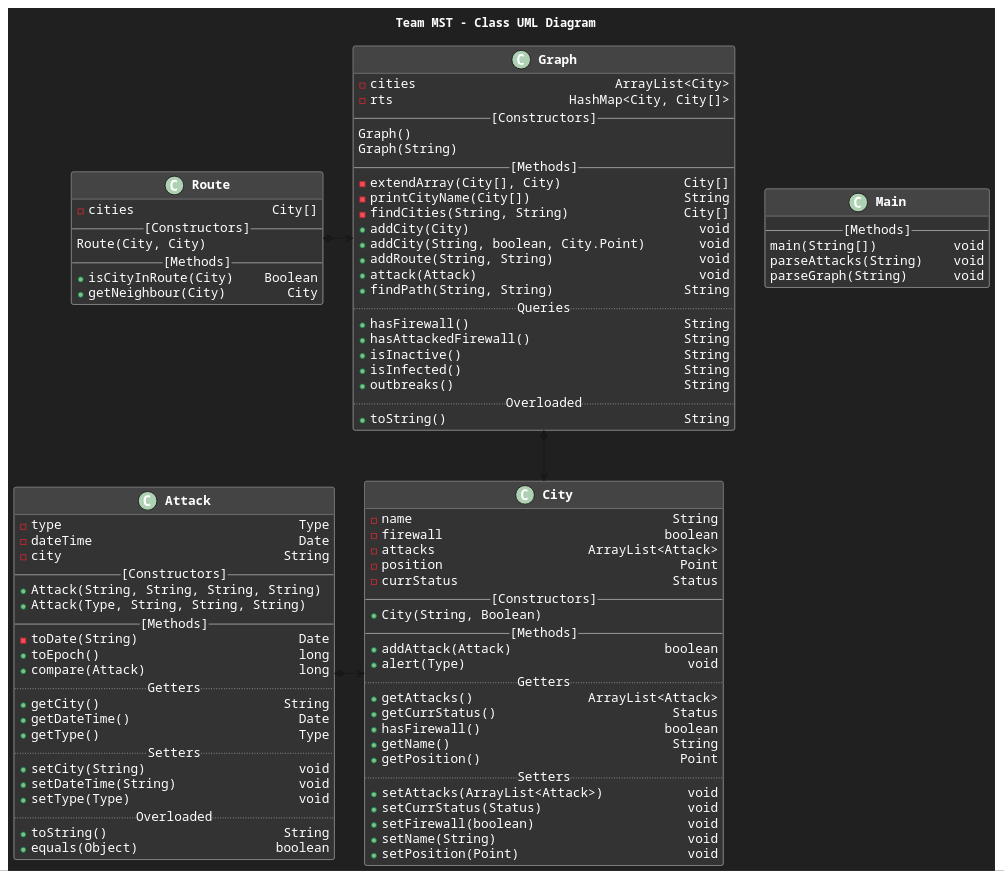
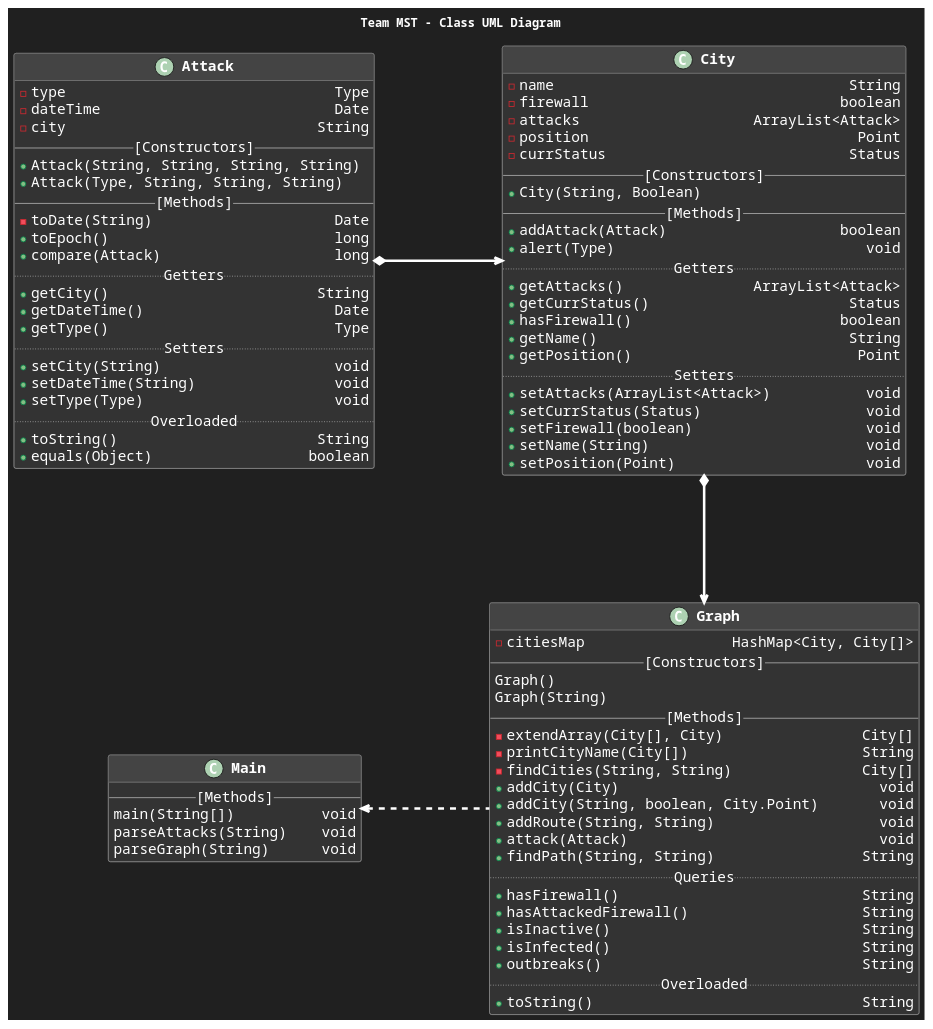
The diagram in structure.puml (FusionStreak/MST_TermProject), drawn with PlantUML before and after one commit. The commit also changed 1 other file, not shown here.

Commit message:
Removed `Route` class

```diff
--- a/structure.puml
+++ b/structure.puml
@@ -1,114 +1,110 @@
 @startuml GeneralStructure
 
 skinparam{
-    backgroundColor 202020
+    backgroundColor #202020
     defaultFontName Courier
-    defaultFontColor white
+    defaultFontColor #FFFFFF
 
-    ClassBackgroundColor 333333
-    ClassBorderColor AAAAAA
-    ClassHeaderBackgroundColor 444444
-    ClassFontSize 17
+    ClassBackgroundColor #333333
+    ClassBorderColor #AAAAAA
+    ClassHeaderBackgroundColor #444444
+    ClassFontSize 19
     ClassFontStyle bold
-    ClassAttributeFontSize 15
+    ClassAttributeFontSize 17
+    
 
-    lineType orthogonal
+    Linetype orthogonal
+    Nodesep 150
+    Ranksep 150
+    ArrowThickness 3
+    ArrowColor #FFFFFF
+  
 }
 
 title Team MST - Class UML Diagram
 
 
 class Attack {
   -type                               Type
   -dateTime                           Date
   -city                             String
   --[Constructors]--
   +Attack(String, String, String, String)
   +Attack(Type, String, String, String)
   --[Methods]--
   -toDate(String)                     Date
   +toEpoch()                          long
   +compare(Attack)                    long
   ..Getters..
   +getCity()                        String
   +getDateTime()                      Date
   +getType()                          Type
   ..Setters..
   +setCity(String)                    void
   +setDateTime(String)                void
   +setType(Type)                      void
   ..Overloaded..
   +toString()                       String
   +equals(Object)                  boolean
 }
 
 class City {
   -name                                  String
   -firewall                             boolean
   -attacks                    ArrayList<Attack>
   -position                               Point
   -currStatus                            Status
   --[Constructors]--
   +City(String, Boolean)
   --[Methods]--
   +addAttack(Attack)                    boolean
   +alert(Type)                             void
   ..Getters..
   +getAttacks()               ArrayList<Attack>
   +getCurrStatus()                       Status
   +hasFirewall()                        boolean
   +getName()                             String
   +getPosition()                          Point
   ..Setters..
   +setAttacks(ArrayList<Attack>)           void
   +setCurrStatus(Status)                   void
   +setFirewall(boolean)                    void
   +setName(String)                         void
   +setPosition(Point)                      void
 }
 
 class Graph {
-  -cities                          ArrayList<City>
-  -rts                       HashMap<City, City[]>
+  -citiesMap                 HashMap<City, City[]>
   --[Constructors]--
   Graph()
   Graph(String)
   --[Methods]--
   -extendArray(City[], City)                City[]
   -printCityName(City[])                    String
   -findCities(String, String)               City[]
   +addCity(City)                              void
   +addCity(String, boolean, City.Point)       void
   +addRoute(String, String)                   void
   +attack(Attack)                             void
   +findPath(String, String)                 String
   ..Queries..
   +hasFirewall()                            String
   +hasAttackedFirewall()                    String
   +isInactive()                             String
   +isInfected()                             String
   +outbreaks()                              String
   ..Overloaded..
   +toString()                               String
 }
 
-class Route {
-  -cities                  City[]
-  --[Constructors]--
-  Route(City, City)
-  --[Methods]--
-  +isCityInRoute(City)    Boolean
-  +getNeighbour(City)        City
-}
-
 class Main {
   --[Methods]--
   main(String[])          void
   parseAttacks(String)    void
   parseGraph(String)      void
 }
 
 City <--l--* Attack
-Graph *--> City
-Graph <-l-* Route
+Graph <-u-* City
+Main <..r.. Graph
 @enduml
```
